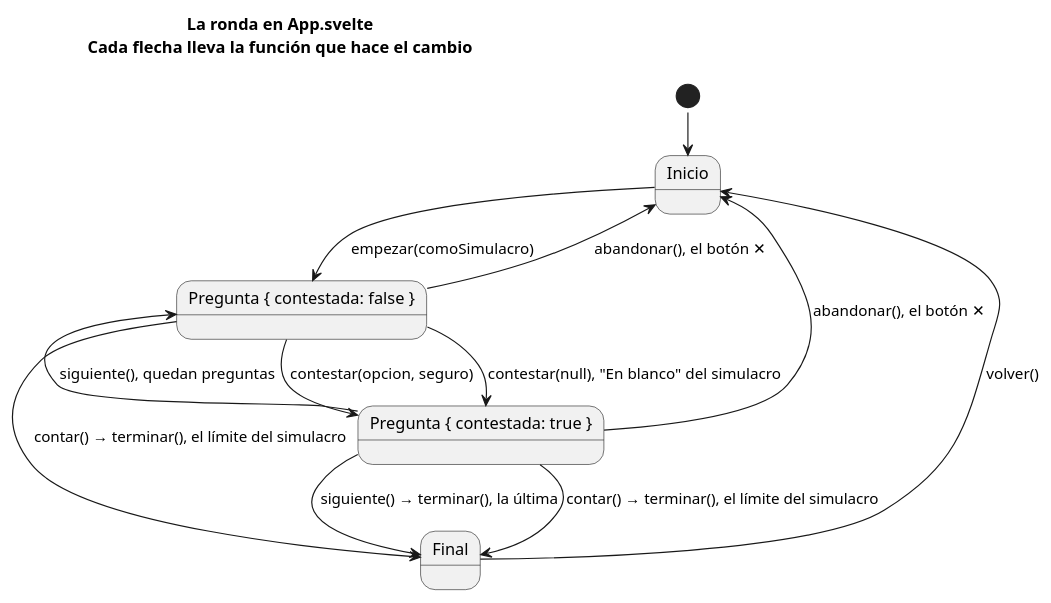
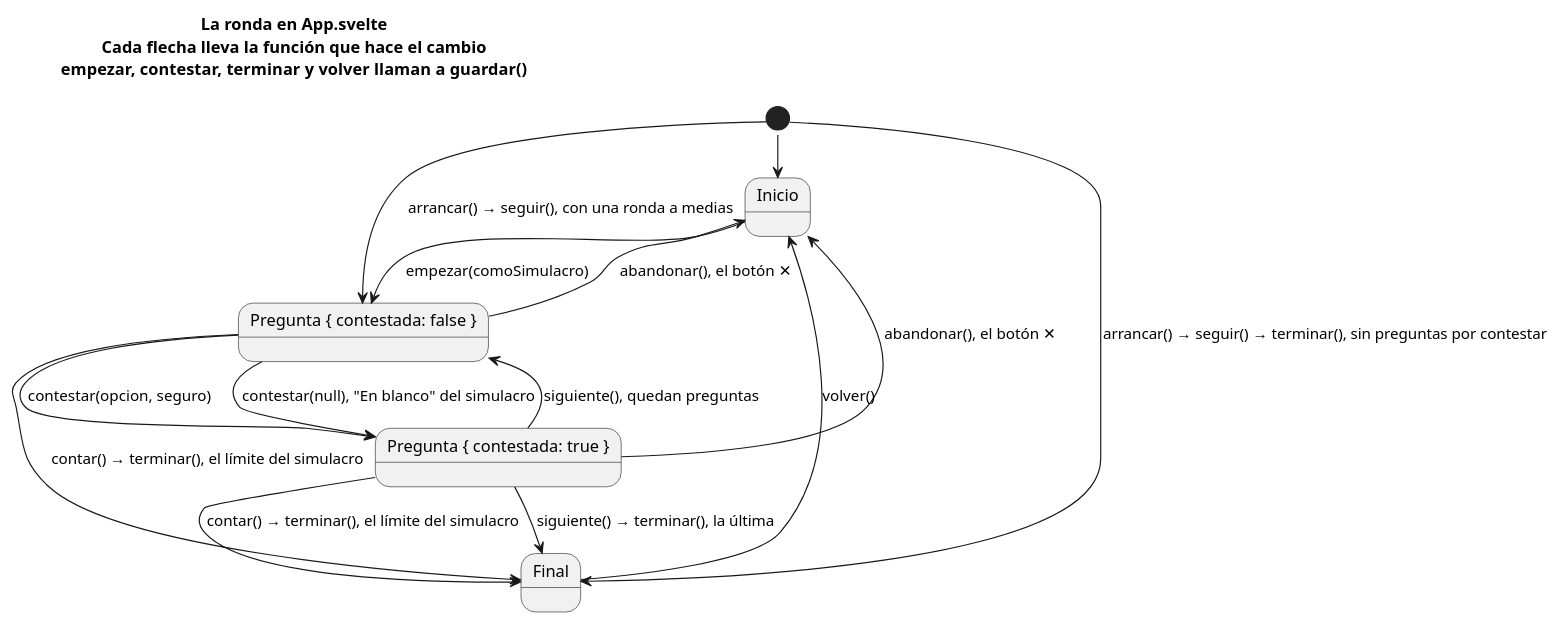
One commit to jfdg01/examenes changed the second of 4 diagrams in docs/el-diagrama.puml. Above: the diagram before and after it, drawn with PlantUML. The commit also changed other lines of this file, not shown here.

First line of the commit message:
docs: el diagrama lleva la ronda a medias

```diff
--- a/docs/el-diagrama.puml
+++ b/docs/el-diagrama.puml
@@ -231,22 +262,24 @@
 @startuml la-ronda
 !pragma layout smetana
 skinparam shadowing false
-title La ronda en App.svelte\nCada flecha lleva la función que hace el cambio
+title La ronda en App.svelte\nCada flecha lleva la función que hace el cambio\nempezar, contestar, terminar y volver llaman a guardar()
 
 state Inicio
 state "Pregunta { contestada: false }" as SinContestar
 state "Pregunta { contestada: true }" as Contestada
 state Final
 
 [*] --> Inicio
+[*] --> SinContestar : arrancar() → seguir(), con una ronda a medias
+[*] --> Final : arrancar() → seguir() → terminar(), sin preguntas por contestar
 Inicio --> SinContestar : empezar(comoSimulacro)
 SinContestar --> Contestada : contestar(opcion, seguro)
 SinContestar --> Contestada : contestar(null), "En blanco" del simulacro
 Contestada --> SinContestar : siguiente(), quedan preguntas
 Contestada --> Final : siguiente() → terminar(), la última
 SinContestar --> Final : contar() → terminar(), el límite del simulacro
 Contestada --> Final : contar() → terminar(), el límite del simulacro
 SinContestar --> Inicio : abandonar(), el botón ✕
 Contestada --> Inicio : abandonar(), el botón ✕
 Final --> Inicio : volver()
 @enduml
```
